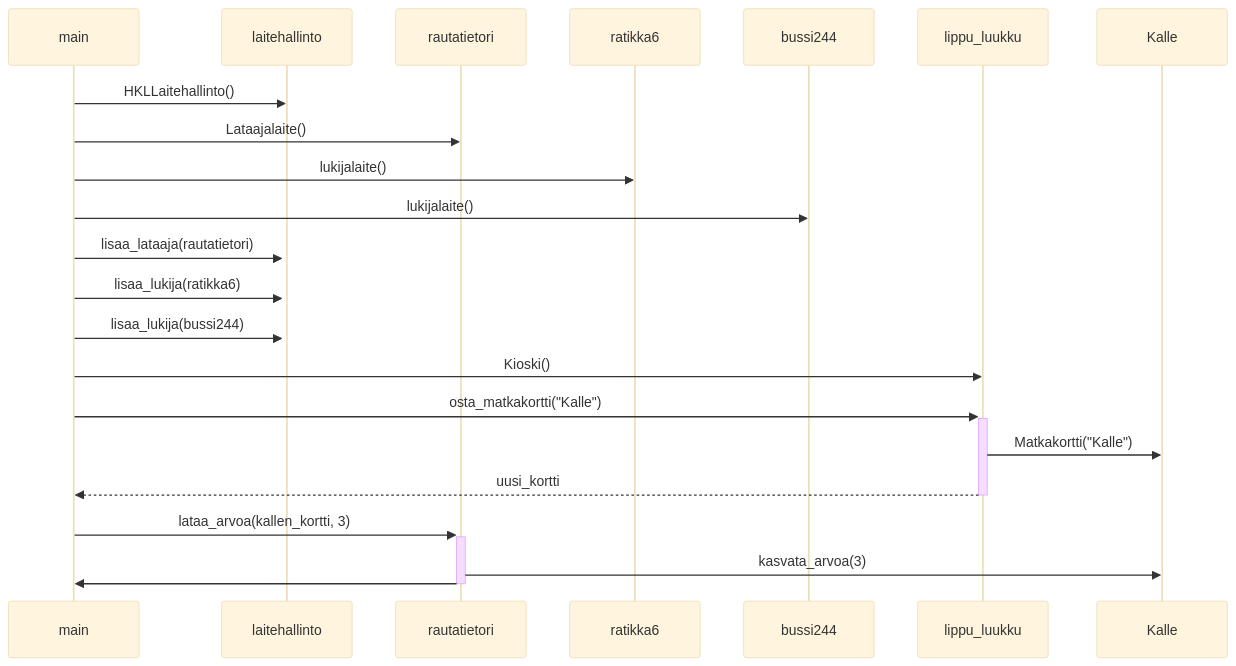
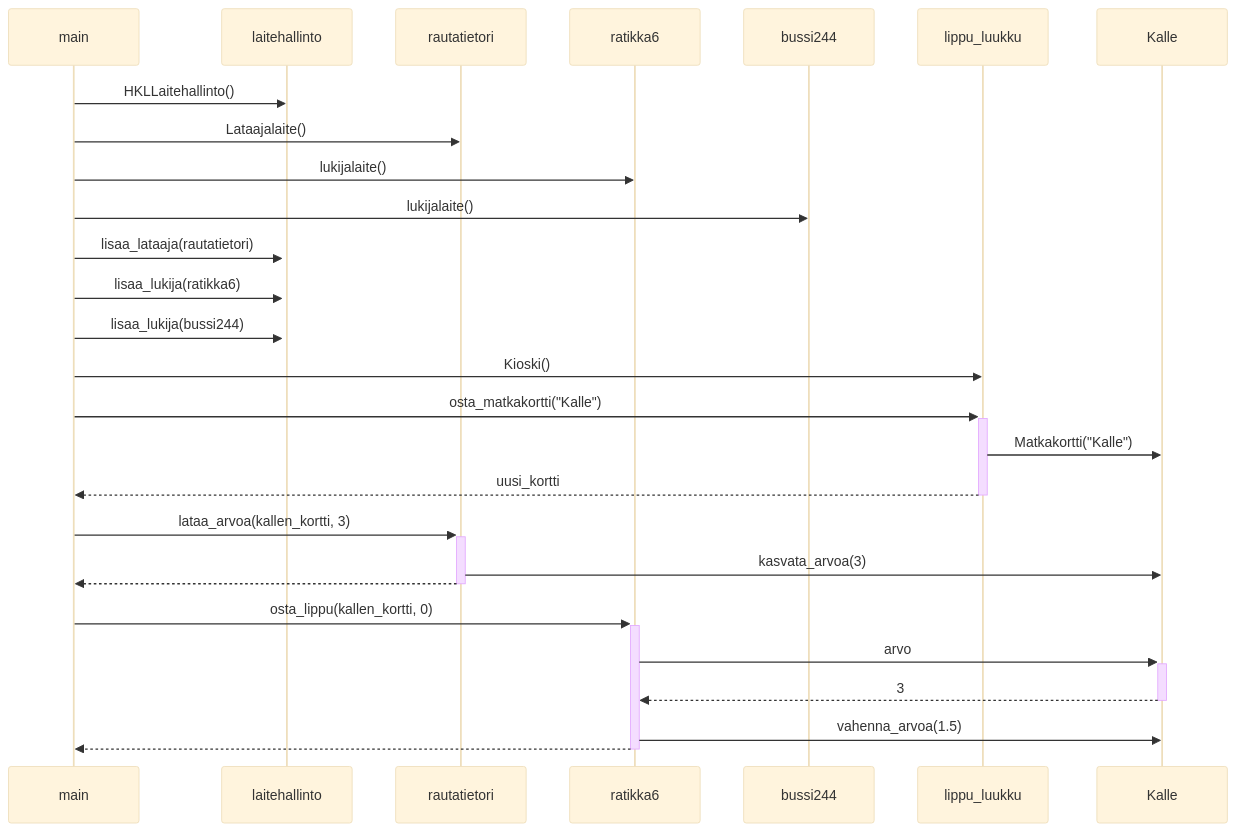
One commit to VehvilainenPooki/OTProjekti changed the fourth of 4 diagrams in laskarit/viikko3/UML.md. Above: the diagram before and after it, drawn with Mermaid (base theme).

````diff
--- a/laskarit/viikko3/UML.md
+++ b/laskarit/viikko3/UML.md
@@ -108,20 +108,25 @@
 ```mermaid
  sequenceDiagram
       main->>laitehallinto: HKLLaitehallinto()
       main->>rautatietori: Lataajalaite()
       main->>ratikka6: lukijalaite()
       main->>bussi244: lukijalaite()
       main->>+laitehallinto: lisaa_lataaja(rautatietori)
        
       main->>+laitehallinto: lisaa_lukija(ratikka6)
       
       main->>+laitehallinto: lisaa_lukija(bussi244)
       
       main->>lippu_luukku: Kioski()
       main->>+lippu_luukku: osta_matkakortti("Kalle")
       lippu_luukku->>Kalle: Matkakortti("Kalle")
       lippu_luukku-->>-main: uusi_kortti
       main->>+rautatietori: lataa_arvoa(kallen_kortti, 3)
       rautatietori->>Kalle: kasvata_arvoa(3)
-      rautatietori->>-main:  
+      rautatietori-->>-main:  
+      main->>+ratikka6: osta_lippu(kallen_kortti, 0)
+      ratikka6->>+Kalle: arvo
+      Kalle-->>-ratikka6: 3
+      ratikka6->>Kalle: vahenna_arvoa(1.5)
+      ratikka6-->>-main:  
 ```
````
